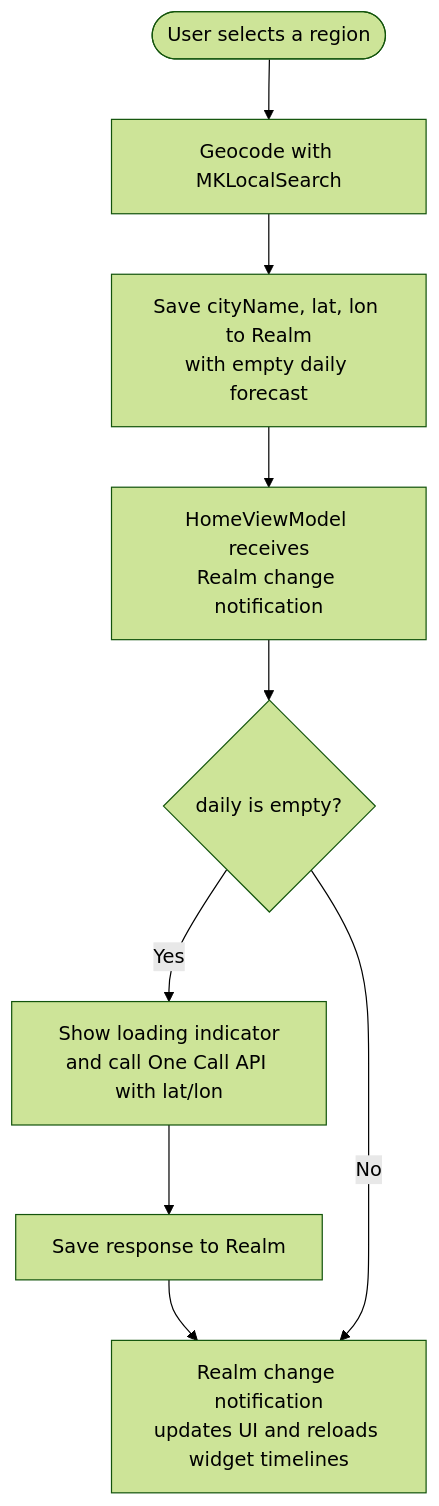
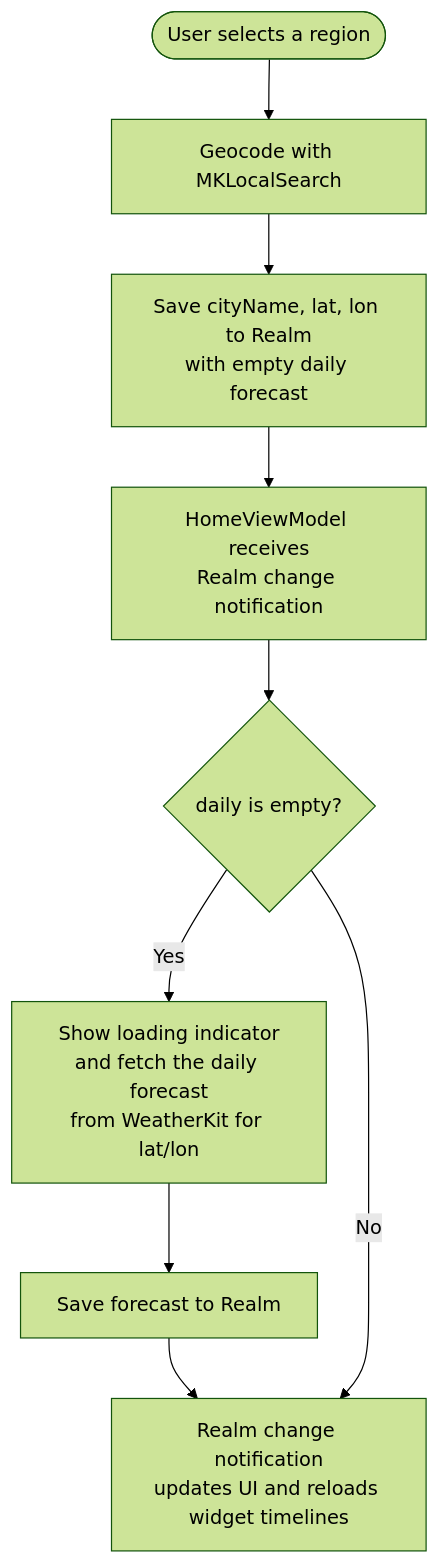
One commit to naipaka/NextSunnyDay-iOS changed the second of 3 diagrams in docs/architecture/weather-fetch-flow.md. Above: the diagram before and after it, drawn with Mermaid (forest theme). The commit also changed other lines of this file and 26 other files, not shown here.

First line of the commit message:
Migrate weather data to WeatherKit

````diff
--- a/docs/architecture/weather-fetch-flow.md
+++ b/docs/architecture/weather-fetch-flow.md
@@ -27,11 +29,11 @@
 ```mermaid
 flowchart TD
     A([User selects a region]) --> B[Geocode with MKLocalSearch]
     B --> C[Save cityName, lat, lon to Realm<br/>with empty daily forecast]
     C --> D[HomeViewModel receives<br/>Realm change notification]
     D --> E{daily is empty?}
-    E -- Yes --> F[Show loading indicator<br/>and call One Call API with lat/lon]
-    F --> G[Save response to Realm]
+    E -- Yes --> F[Show loading indicator<br/>and fetch the daily forecast<br/>from WeatherKit for lat/lon]
+    F --> G[Save forecast to Realm]
     G --> H[Realm change notification<br/>updates UI and reloads widget timelines]
     E -- No --> H
 ```
````
